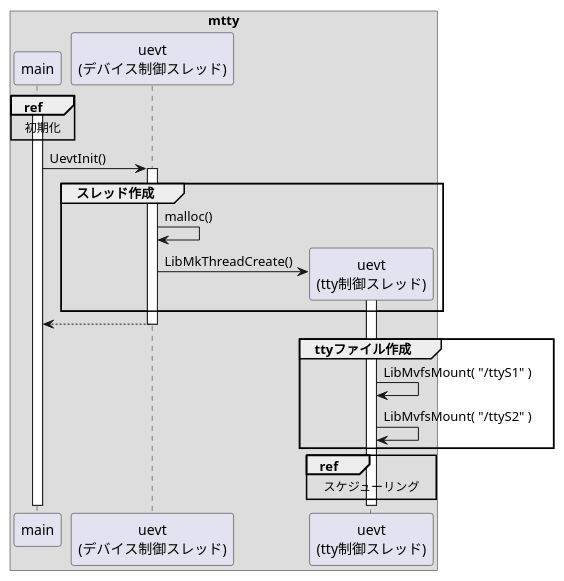
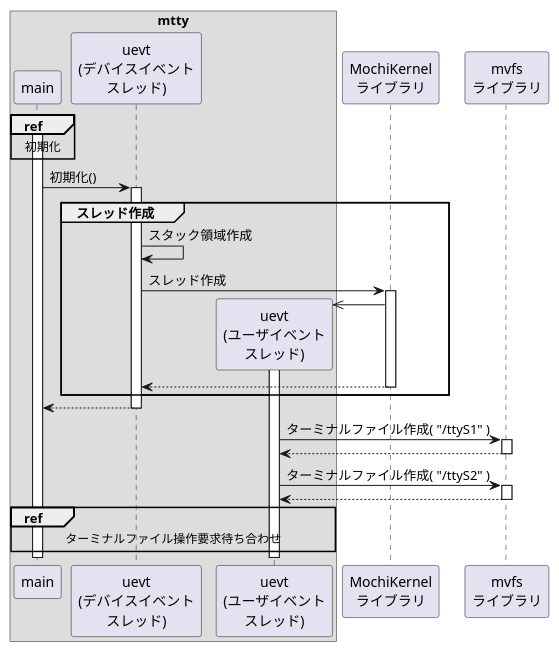
Before and after one commit to MasterMochi/mtty: the diagram in docs/docs/internal/uevt/init.puml, drawn with PlantUML. The commit also changed 167 other files, not shown here.

```diff
--- a/docs/docs/internal/uevt/init.puml
+++ b/docs/docs/internal/uevt/init.puml
@@ -1,36 +1,46 @@
 @startuml
 
 box "mtty"
     participant main
-    participant uevt_main as "uevt\n(デバイス制御スレッド)"
-    participant uevt_tty  as "uevt\n(tty制御スレッド)"
+    participant uevt_main as "uevt\n(デバイスイベント\nスレッド)"
+    participant uevt_user as "uevt\n(ユーザイベント\nスレッド)"
 end box
+participant "MochiKernel\nライブラリ" as libmk
+participant "mvfs\nライブラリ"        as libmvfs
 
 activate main
-
 ref over main: 初期化
 
-main -> uevt_main: UevtInit()
+main -> uevt_main: 初期化()
 activate uevt_main
 
 group スレッド作成
-    uevt_main -> uevt_main: malloc()
+    uevt_main -> uevt_main: スタック領域作成
 
-    create uevt_tty
-    uevt_main -> uevt_tty: LibMkThreadCreate()
-    activate uevt_tty
+    uevt_main -> libmk: スレッド作成
+    activate libmk
+    create uevt_user
+    uevt_user <<- libmk:
+    activate uevt_user
+    uevt_main <-- libmk:
+    deactivate libmk
 end
 
 main <-- uevt_main:
 deactivate uevt_main
 
 
 
-group ttyファイル作成
-    uevt_tty -> uevt_tty: LibMvfsMount( "/ttyS1" )
-    uevt_tty -> uevt_tty: LibMvfsMount( "/ttyS2" )
-end
+uevt_user -> libmvfs: ターミナルファイル作成( "/ttyS1" )
+activate libmvfs
+uevt_user <-- libmvfs:
+deactivate libmvfs
 
-ref over uevt_tty: スケジューリング
+uevt_user -> libmvfs: ターミナルファイル作成( "/ttyS2" )
+activate libmvfs
+uevt_user <-- libmvfs:
+deactivate libmvfs
+
+ref over main, uevt_user: ターミナルファイル操作要求待ち合わせ
 
 @enduml
```
